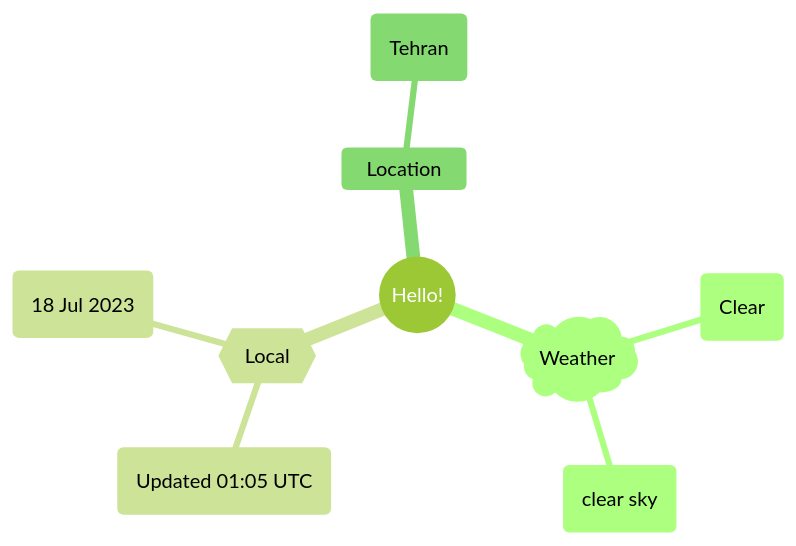
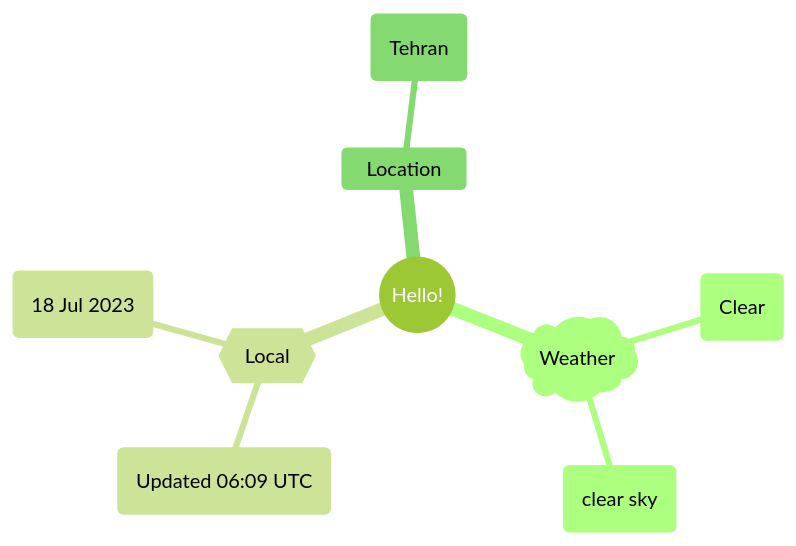
The first of 2 diagrams in README.md (Xosrov/Xosrov), drawn with Mermaid (forest theme) before and after one commit.

Commit message:
[bot] updated images

````diff
--- a/README.md
+++ b/README.md
@@ -3,12 +3,12 @@
 ```mermaid
 mindmap
   root((Hello!))
     )Weather(
         (Clear)
         (clear sky)
     {{Local}}
-        (Updated 01:05 UTC)
+        (Updated 06:09 UTC)
         (18 Jul 2023)
     Location
         (Tehran)
 ```
````
